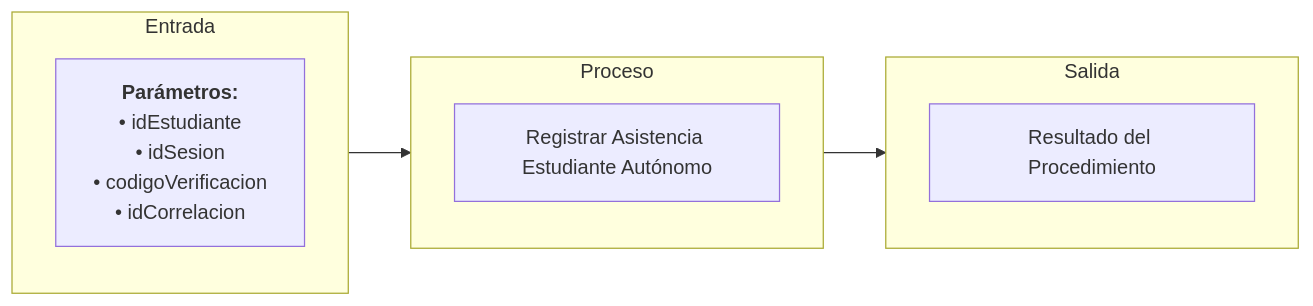
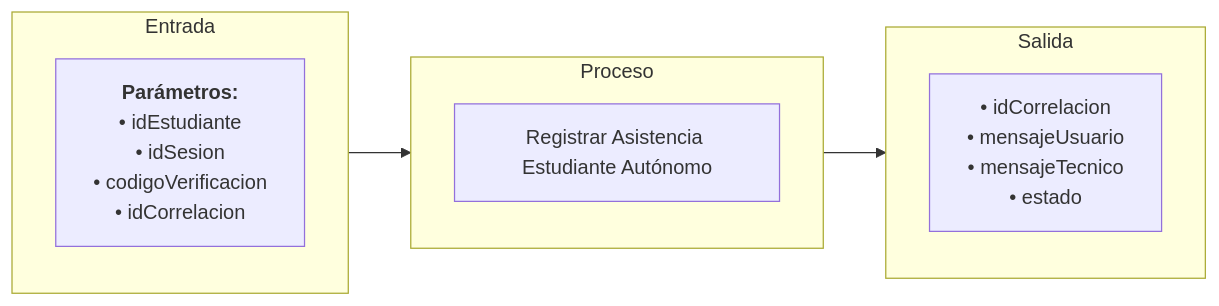
One commit to johnjduque/gestion-asistencia-db changed the diagram in docs/transacciones/usp_registrar_asistencia_estudiante_autonomo.md. Above: the diagram before and after it, drawn with Mermaid. The commit also changed other lines of this file and 18 other files, not shown here.

Commit message:
refactor(bd): aplicar recomendaciones del asesor en usp_registrar_estudiante_en_grupo_usuario_no_existente, catalogo de mensajes y parametros

````diff
--- a/docs/transacciones/usp_registrar_asistencia_estudiante_autonomo.md
+++ b/docs/transacciones/usp_registrar_asistencia_estudiante_autonomo.md
@@ -31,23 +9,23 @@
 ```mermaid
 flowchart LR
     %% Bloque de Entrada
     subgraph Entrada [Entrada]
         direction TB
         param1["<b>Parámetros:</b><br/>• idEstudiante<br/>• idSesion<br/>• codigoVerificacion<br/>• idCorrelacion"]
     end
 
     %% Bloque de Proceso
     subgraph Proceso [Proceso]
         direction TB
         proc1[Registrar Asistencia Estudiante Autónomo]
     end
 
     %% Bloque de Salida
     subgraph Salida [Salida]
         direction TB
-        out1[Resultado del Procedimiento]
+        out1["• idCorrelacion<br/>• mensajeUsuario<br/>• mensajeTecnico<br/>• estado"]
     end
 
     %% Conexión de flujo de izquierda a derecha
     Entrada --> Proceso --> Salida
 ```
````
